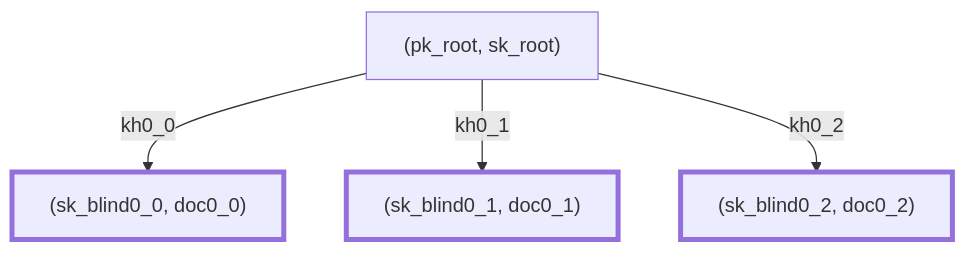
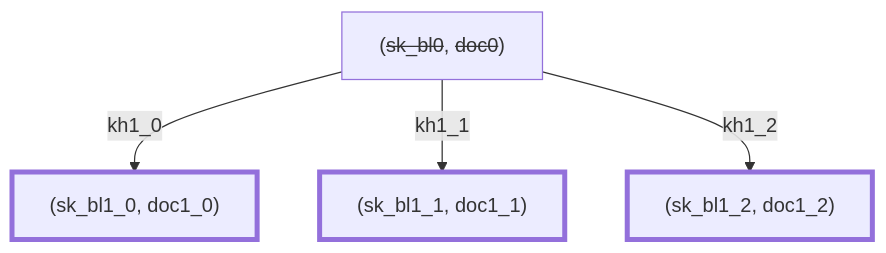
Before and after one commit to sander/hierarchical-deterministic-keys: the third of 5 diagrams in keys.md, drawn with Mermaid. The commit also changed other lines of this file, not shown here.

````diff
--- a/keys.md
+++ b/keys.md
@@ -48,10 +61,10 @@
 ```mermaid
 flowchart
-root["(pk_root, sk_root)"]
-root --kh0_0--> l1_0["(sk_blind0_0, doc0_0)"]
-root --kh0_1--> l1_1["(sk_blind0_1, doc0_1)"]
-root --kh0_2--> l1_2["(sk_blind0_2, doc0_2)"]
+root["(<del>sk_bl0</del>, <del>doc0</del>)"]
+root --kh1_0--> l1_0["(sk_bl1_0, doc1_0)"]
+root --kh1_1--> l1_1["(sk_bl1_1, doc1_1)"]
+root --kh1_2--> l1_2["(sk_bl1_2, doc1_2)"]
 style l1_0 stroke-width:4px
 style l1_1 stroke-width:4px
 style l1_2 stroke-width:4px
 ```
````
